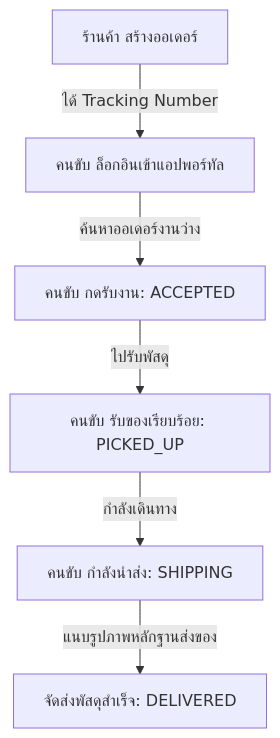
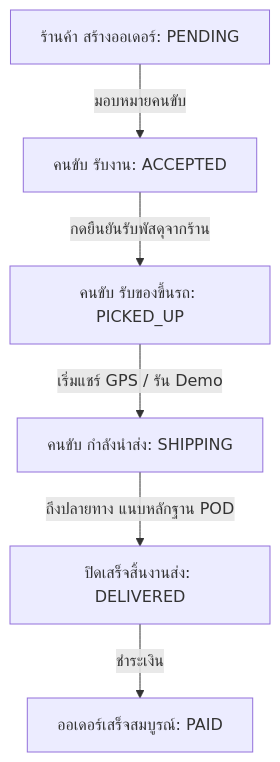
One commit to Phithak-K/Project changed the diagram in docs/TESTING_GUIDE.md. Above: the diagram before and after it, drawn with Mermaid. The commit also changed other lines of this file and 5 other files, not shown here.

````diff
--- a/docs/TESTING_GUIDE.md
+++ b/docs/TESTING_GUIDE.md
@@ -97,8 +98,8 @@
 ```mermaid
 graph TD
-    A[ร้านค้า สร้างออเดอร์] -->|ได้ Tracking Number| B[คนขับ ล็อกอินเข้าแอปพอร์ทัล]
-    B -->|ค้นหาออเดอร์งานว่าง| C[คนขับ กดรับงาน: ACCEPTED]
-    C -->|ไปรับพัสดุ| D[คนขับ รับของเรียบร้อย: PICKED_UP]
-    D -->|กำลังเดินทาง| E[คนขับ กำลังนำส่ง: SHIPPING]
-    E -->|แนบรูปภาพหลักฐานส่งของ| F[จัดส่งพัสดุสำเร็จ: DELIVERED]
+    A[ร้านค้า สร้างออเดอร์: PENDING] -->|มอบหมายคนขับ| B[คนขับ รับงาน: ACCEPTED]
+    B -->|กดยืนยันรับพัสดุจากร้าน| C[คนขับ รับของขึ้นรถ: PICKED_UP]
+    C -->|เริ่มแชร์ GPS / รัน Demo| D[คนขับ กำลังนำส่ง: SHIPPING]
+    D -->|ถึงปลายทาง แนบหลักฐาน POD| E[ปิดเสร็จสิ้นงานส่ง: DELIVERED]
+    E -->|ชำระเงิน| F[ออเดอร์เสร็จสมบูรณ์: PAID]
 ```
````
